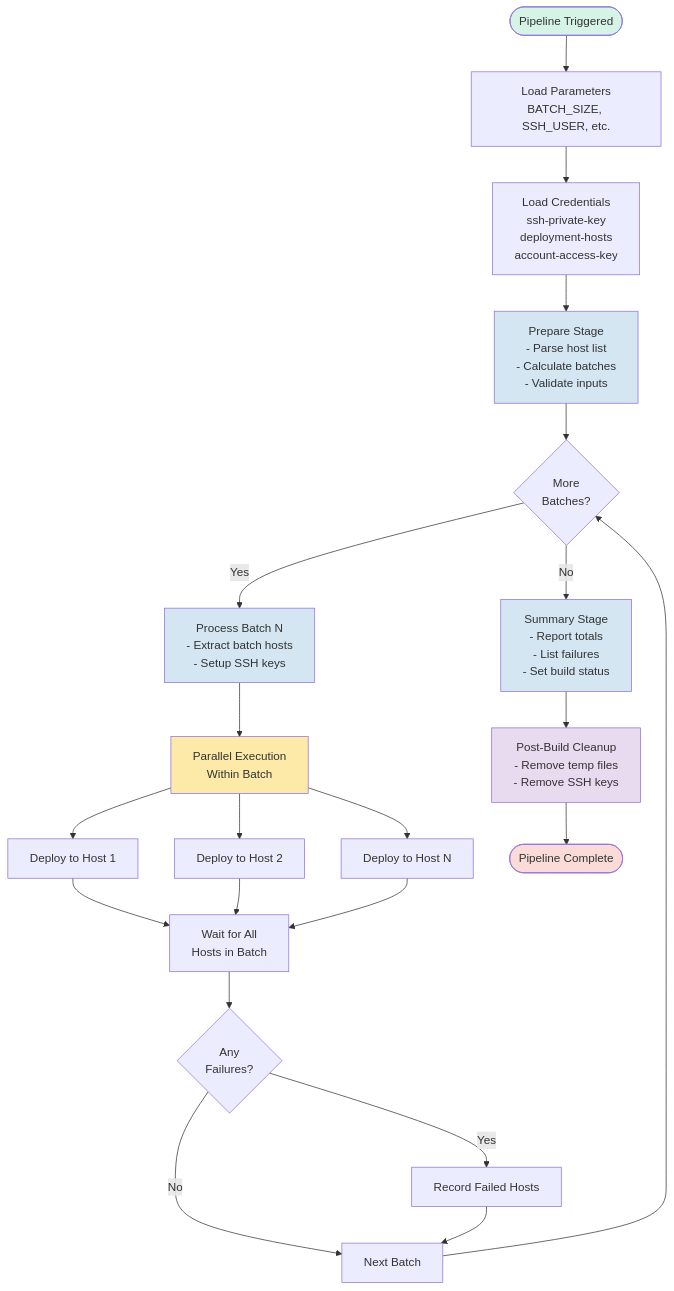
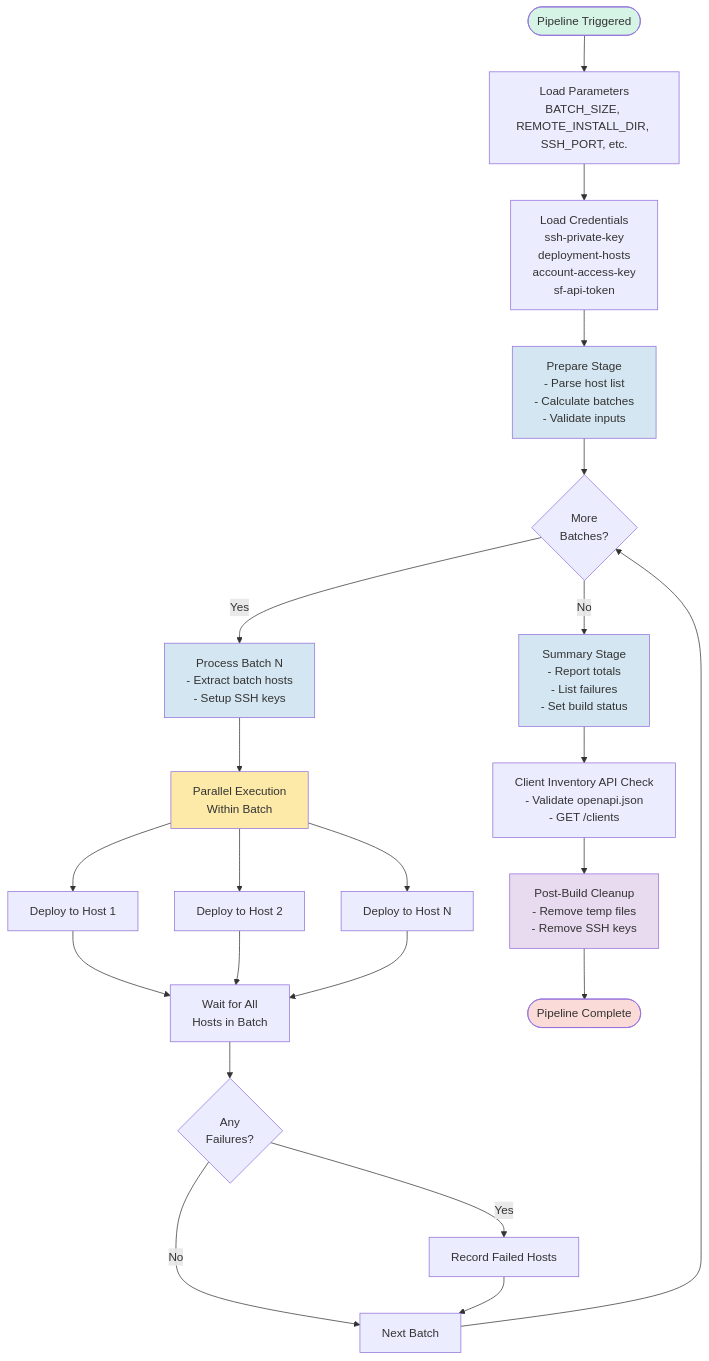
Before and after one commit to chambear2809/sm-jenkins: the third of 6 diagrams in ARCHITECTURE.md, drawn with Mermaid. The commit also changed other lines of this file and 13 other files, not shown here.

Commit message:
add client inventory api checks

````diff
--- a/ARCHITECTURE.md
+++ b/ARCHITECTURE.md
@@ -129,65 +129,68 @@
 ```mermaid
 flowchart TD
     START([Pipeline Triggered])
-    PARAMS[Load Parameters<br/>BATCH_SIZE, SSH_USER, etc.]
-    CREDS[Load Credentials<br/>ssh-private-key<br/>deployment-hosts<br/>account-access-key]
-    
+    PARAMS[Load Parameters<br/>BATCH_SIZE, REMOTE_INSTALL_DIR, SSH_PORT, etc.]
+    CREDS[Load Credentials<br/>ssh-private-key<br/>deployment-hosts<br/>account-access-key<br/>sf-api-token]
+
     PREPARE[Prepare Stage<br/>- Parse host list<br/>- Calculate batches<br/>- Validate inputs]
-    
+
     BATCH_LOOP{More<br/>Batches?}
-    
+
     BATCH_STAGE[Process Batch N<br/>- Extract batch hosts<br/>- Setup SSH keys]
-    
+
     PARALLEL[Parallel Execution<br/>Within Batch]
-    
+
     HOST1[Deploy to Host 1]
     HOST2[Deploy to Host 2]
     HOST3[Deploy to Host N]
-    
+
     WAIT[Wait for All<br/>Hosts in Batch]
-    
+
     CHECK{Any<br/>Failures?}
-    
+
     NEXT[Next Batch]
     RECORD[Record Failed Hosts]
-    
+
     SUMMARY[Summary Stage<br/>- Report totals<br/>- List failures<br/>- Set build status]
-    
+
+    API_CHECK[Client Inventory API Check<br/>- Validate openapi.json<br/>- GET /clients]
+
     CLEANUP[Post-Build Cleanup<br/>- Remove temp files<br/>- Remove SSH keys]
-    
+
     END([Pipeline Complete])
-    
+
     START --> PARAMS
     PARAMS --> CREDS
     CREDS --> PREPARE
     PREPARE --> BATCH_LOOP
-    
+
     BATCH_LOOP -->|Yes| BATCH_STAGE
     BATCH_LOOP -->|No| SUMMARY
-    
+
     BATCH_STAGE --> PARALLEL
     PARALLEL --> HOST1
     PARALLEL --> HOST2
     PARALLEL --> HOST3
-    
+
     HOST1 --> WAIT
     HOST2 --> WAIT
     HOST3 --> WAIT
-    
+
     WAIT --> CHECK
     CHECK -->|Yes| RECORD
     CHECK -->|No| NEXT
     RECORD --> NEXT
     NEXT --> BATCH_LOOP
-    
-    SUMMARY --> CLEANUP
+
+    SUMMARY --> API_CHECK
+    API_CHECK --> CLEANUP
     CLEANUP --> END
-    
+
     style START fill:#d5f4e6
     style END fill:#fadbd8
     style PREPARE fill:#d4e6f1
     style BATCH_STAGE fill:#d4e6f1
     style PARALLEL fill:#fdeaa8
     style SUMMARY fill:#d4e6f1
     style CLEANUP fill:#e8daef
 ```
````
